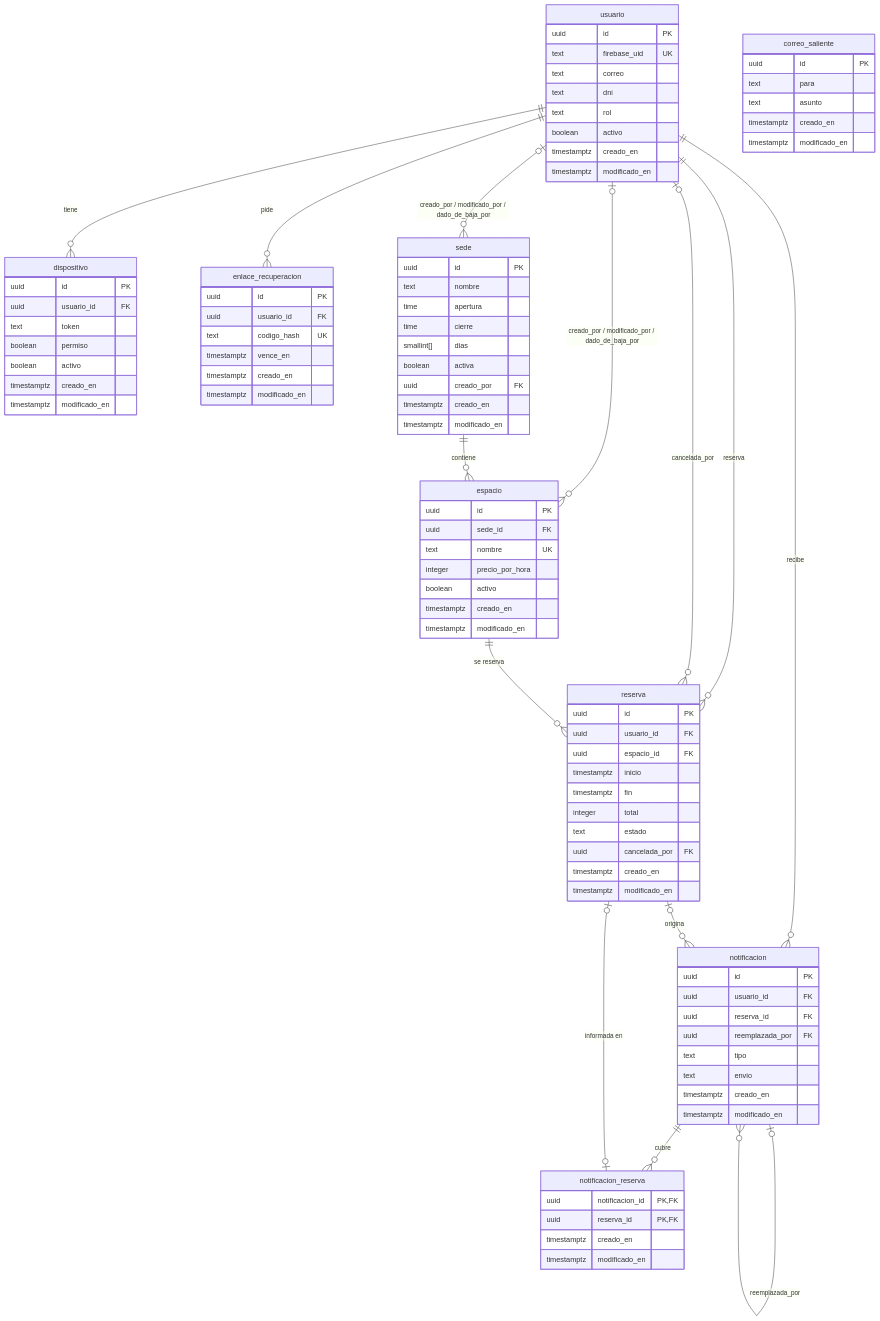
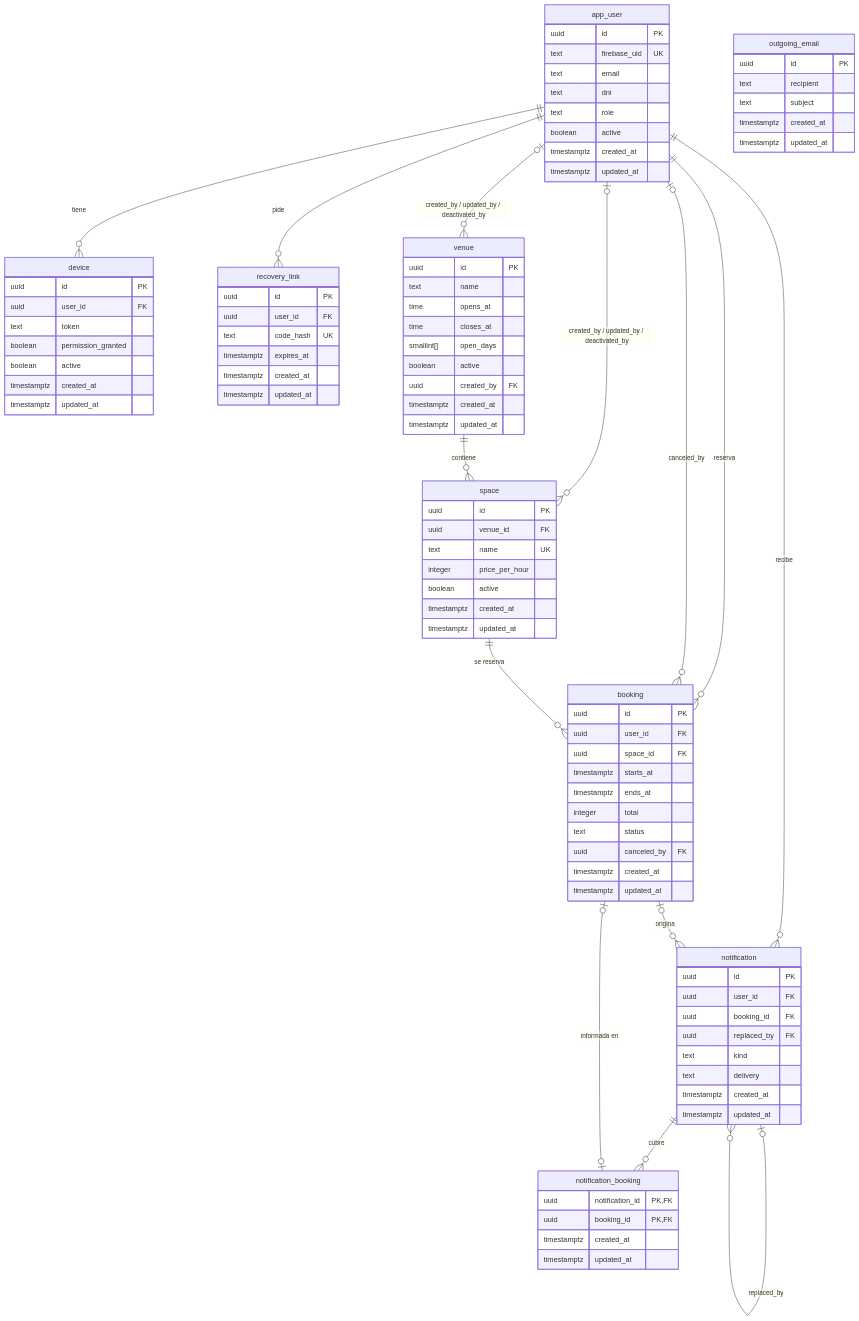
The first of 3 diagrams in docs/technical/modelo-de-datos.md (NahuelMosse/ClubNahuelMosse), drawn with Mermaid before and after one commit. The commit also changed other lines of this file and 6 other files, not shown here.

````diff
--- a/docs/technical/modelo-de-datos.md
+++ b/docs/technical/modelo-de-datos.md
@@ -14,99 +14,99 @@
 ```mermaid
 erDiagram
-    usuario ||--o{ reserva : "reserva"
-    usuario ||--o{ dispositivo : "tiene"
-    usuario ||--o{ notificacion : "recibe"
-    usuario ||--o{ enlace_recuperacion : "pide"
-    usuario |o--o{ sede : "creado_por / modificado_por / dado_de_baja_por"
-    usuario |o--o{ espacio : "creado_por / modificado_por / dado_de_baja_por"
-    usuario |o--o{ reserva : "cancelada_por"
-    sede ||--o{ espacio : "contiene"
-    espacio ||--o{ reserva : "se reserva"
-    reserva |o--o{ notificacion : "origina"
-    notificacion |o--o{ notificacion : "reemplazada_por"
-    notificacion ||--o{ notificacion_reserva : "cubre"
-    reserva |o--o| notificacion_reserva : "informada en"
+    app_user ||--o{ booking : "reserva"
+    app_user ||--o{ device : "tiene"
+    app_user ||--o{ notification : "recibe"
+    app_user ||--o{ recovery_link : "pide"
+    app_user |o--o{ venue : "created_by / updated_by / deactivated_by"
+    app_user |o--o{ space : "created_by / updated_by / deactivated_by"
+    app_user |o--o{ booking : "canceled_by"
+    venue ||--o{ space : "contiene"
+    space ||--o{ booking : "se reserva"
+    booking |o--o{ notification : "origina"
+    notification |o--o{ notification : "replaced_by"
+    notification ||--o{ notification_booking : "cubre"
+    booking |o--o| notification_booking : "informada en"
 
-    usuario {
+    app_user {
         uuid id PK
         text firebase_uid UK
-        text correo
+        text email
         text dni
-        text rol
-        boolean activo
-        timestamptz creado_en
-        timestamptz modificado_en
+        text role
+        boolean active
+        timestamptz created_at
+        timestamptz updated_at
     }
-    sede {
+    venue {
         uuid id PK
-        text nombre
-        time apertura
-        time cierre
-        smallint[] dias
-        boolean activa
-        uuid creado_por FK
-        timestamptz creado_en
-        timestamptz modificado_en
+        text name
+        time opens_at
+        time closes_at
+        smallint[] open_days
+        boolean active
+        uuid created_by FK
+        timestamptz created_at
+        timestamptz updated_at
     }
-    espacio {
+    space {
         uuid id PK
-        uuid sede_id FK
-        text nombre UK
-        integer precio_por_hora
-        boolean activo
-        timestamptz creado_en
-        timestamptz modificado_en
+        uuid venue_id FK
+        text name UK
+        integer price_per_hour
+        boolean active
+        timestamptz created_at
+        timestamptz updated_at
     }
-    reserva {
+    booking {
         uuid id PK
-        uuid usuario_id FK
-        uuid espacio_id FK
-        timestamptz inicio
-        timestamptz fin
+        uuid user_id FK
+        uuid space_id FK
+        timestamptz starts_at
+        timestamptz ends_at
         integer total
-        text estado
-        uuid cancelada_por FK
-        timestamptz creado_en
-        timestamptz modificado_en
+        text status
+        uuid canceled_by FK
+        timestamptz created_at
+        timestamptz updated_at
     }
-    enlace_recuperacion {
+    recovery_link {
         uuid id PK
-        uuid usuario_id FK
-        text codigo_hash UK
-        timestamptz vence_en
-        timestamptz creado_en
-        timestamptz modificado_en
+        uuid user_id FK
+        text code_hash UK
+        timestamptz expires_at
+        timestamptz created_at
+        timestamptz updated_at
     }
-    correo_saliente {
+    outgoing_email {
         uuid id PK
-        text para
-        text asunto
-        timestamptz creado_en
-        timestamptz modificado_en
+        text recipient
+        text subject
+        timestamptz created_at
+        timestamptz updated_at
     }
-    dispositivo {
+    device {
         uuid id PK
-        uuid usuario_id FK
+        uuid user_id FK
         text token
-        boolean permiso
-        boolean activo
-        timestamptz creado_en
-        timestamptz modificado_en
+        boolean permission_granted
+        boolean active
+        timestamptz created_at
+        timestamptz updated_at
     }
-    notificacion {
+    notification {
         uuid id PK
-        uuid usuario_id FK
-        uuid reserva_id FK
-        uuid reemplazada_por FK
-        text tipo
-        text envio
-        timestamptz creado_en
-        timestamptz modificado_en
+        uuid user_id FK
+        uuid booking_id FK
+        uuid replaced_by FK
+        text kind
+        text delivery
+        timestamptz created_at
+        timestamptz updated_at
     }
-    notificacion_reserva {
-        uuid notificacion_id PK, FK
-        uuid reserva_id PK, FK
-        timestamptz creado_en
-        timestamptz modificado_en
+    notification_booking {
+        uuid notification_id PK, FK
+        uuid booking_id PK, FK
+        timestamptz created_at
+        timestamptz updated_at
     }
 ```
````
